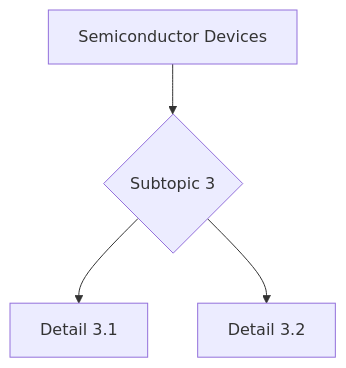
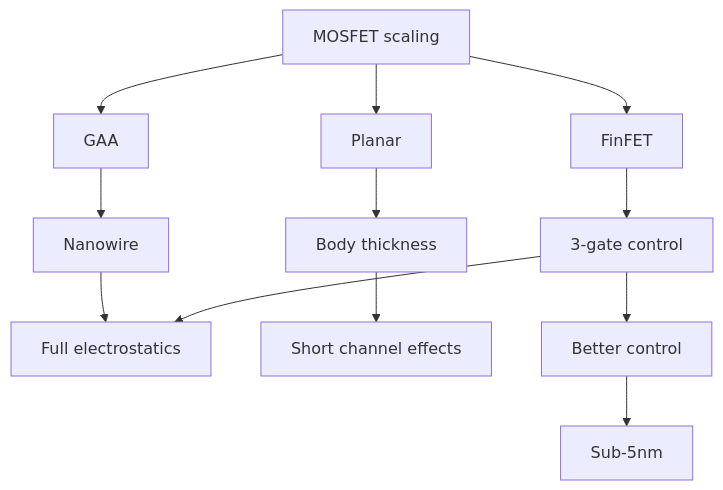
Before and after one commit to yip-lgtm/PhysicsSelfStudy: the eighth of 10 diagrams in 03_MSc_Physics/advanced_materials_concentration/MSPY_5001_Semiconductor_Devices/README.md, drawn with Mermaid. The commit also changed other lines of this file and 21 other files, not shown here.

````diff
--- a/03_MSc_Physics/advanced_materials_concentration/MSPY_5001_Semiconductor_Devices/README.md
+++ b/03_MSc_Physics/advanced_materials_concentration/MSPY_5001_Semiconductor_Devices/README.md
@@ -275,6 +631,14 @@
 ```mermaid
 graph TD
-    A[Semiconductor Devices] --> B{Subtopic 3}
-    B --> C[Detail 3.1]
-    B --> D[Detail 3.2]
+    A[MOSFET scaling] --> B[Planar]
+    B --> C[Body thickness]
+    A --> D[FinFET]
+    D --> E[3-gate control]
+    A --> F[GAA]
+    F --> G[Nanowire]
+    G --> H[Full electrostatics]
+    E --> H
+    C --> I[Short channel effects]
+    E --> J[Better control]
+    J --> K[Sub-5nm]
 ```
````
